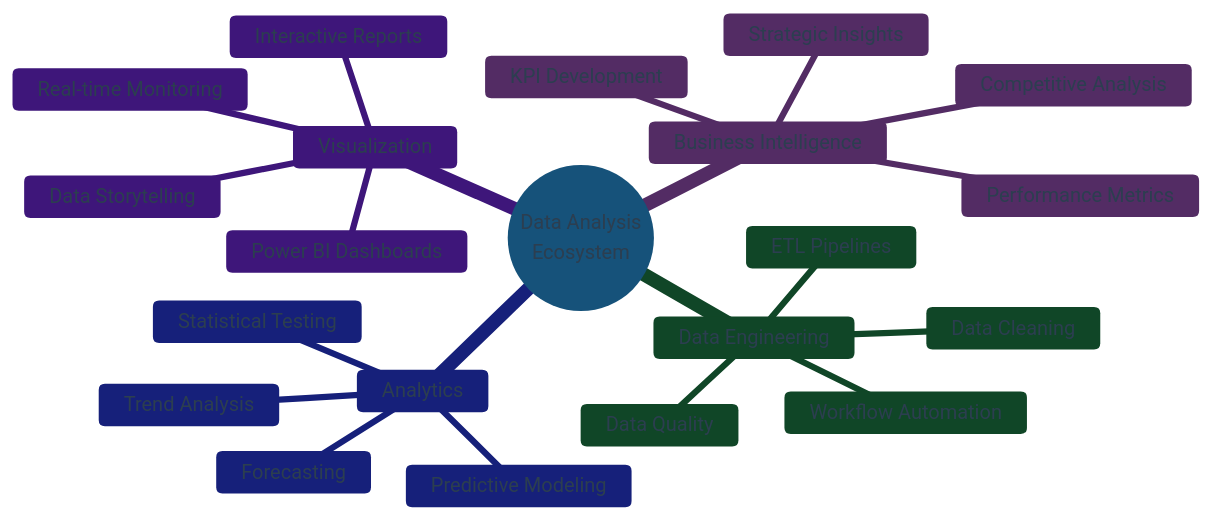
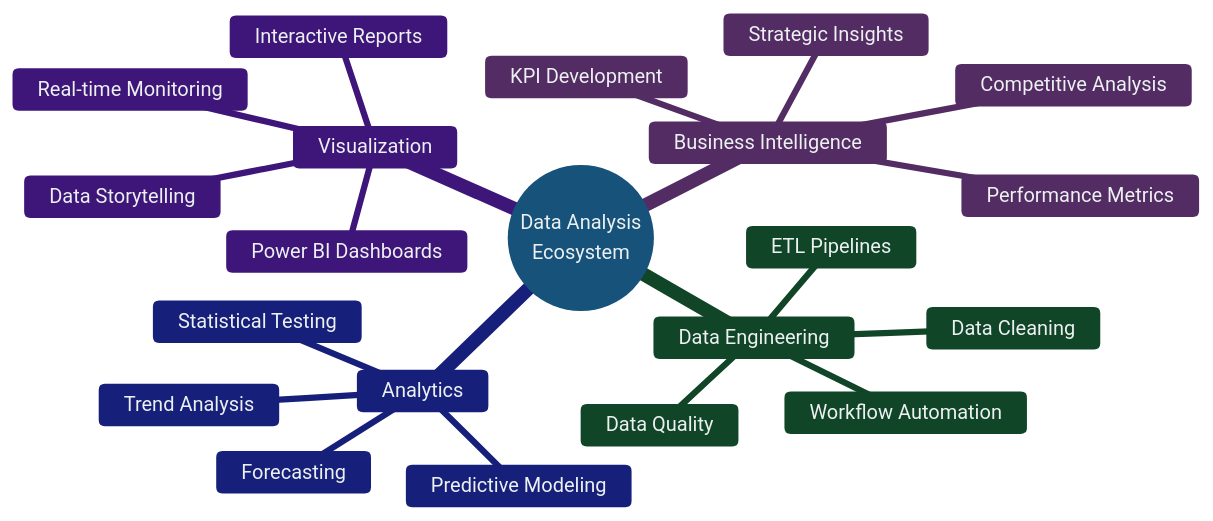
One commit to Sourov2002t/Sourov2002t changed the diagram in README.md. Above: the diagram before and after it, drawn with Mermaid.

````diff
--- a/README.md
+++ b/README.md
@@ -123,25 +123,48 @@
 ```mermaid
-%%{init: {'theme':'base', 'themeVariables': { 'primaryColor':'#3498db','primaryTextColor':'#2c3e50','primaryBorderColor':'#2980b9','lineColor':'#34495e','secondaryColor':'#9b59b6','tertiaryColor':'#27ae60','background':'#ecf0f1','mainBkg':'#ffffff','secondBkg':'#bdc3c7','tertiaryBorderColor':'#e74c3c','clusterBkg':'#f8f9fa','clusterBorder':'#3498db','titleColor':'#2c3e50','edgeLabelBackground':'#ffffff','nodeTextColor':'#2c3e50'}}}%%
+%%{
+  init: {
+    'theme': 'base',
+    'themeVariables': {
+      'background': '#2c3e50',
+      'mainBkg': '#34495e',
+      'clusterBkg': '#2c3e50',
+
+      'primaryColor': '#3498db',
+      'primaryBorderColor': '#3498db',
+
+      'secondaryColor': '#9b59b6',
+      'tertiaryColor': '#27ae60',
+
+      'primaryTextColor': '#ecf0f1',
+      'nodeTextColor': '#ecf0f1',
+      'titleColor': '#ffffff',
+
+      'lineColor': '#bdc3c7',
+      'tertiaryBorderColor': '#e74c3c',
+      'edgeLabelBackground': '#34495e'
+    }
+  }
+}%%
 mindmap
   root((Data Analysis<br/>Ecosystem))
     Business Intelligence
       KPI Development
       Performance Metrics
       Strategic Insights
       Competitive Analysis
     Data Engineering
       ETL Pipelines
       Data Cleaning
       Workflow Automation
       Data Quality
     Analytics
       Predictive Modeling
       Statistical Testing
       Trend Analysis
       Forecasting
     Visualization
       Power BI Dashboards
       Interactive Reports
       Data Storytelling
       Real-time Monitoring
 ```
````
